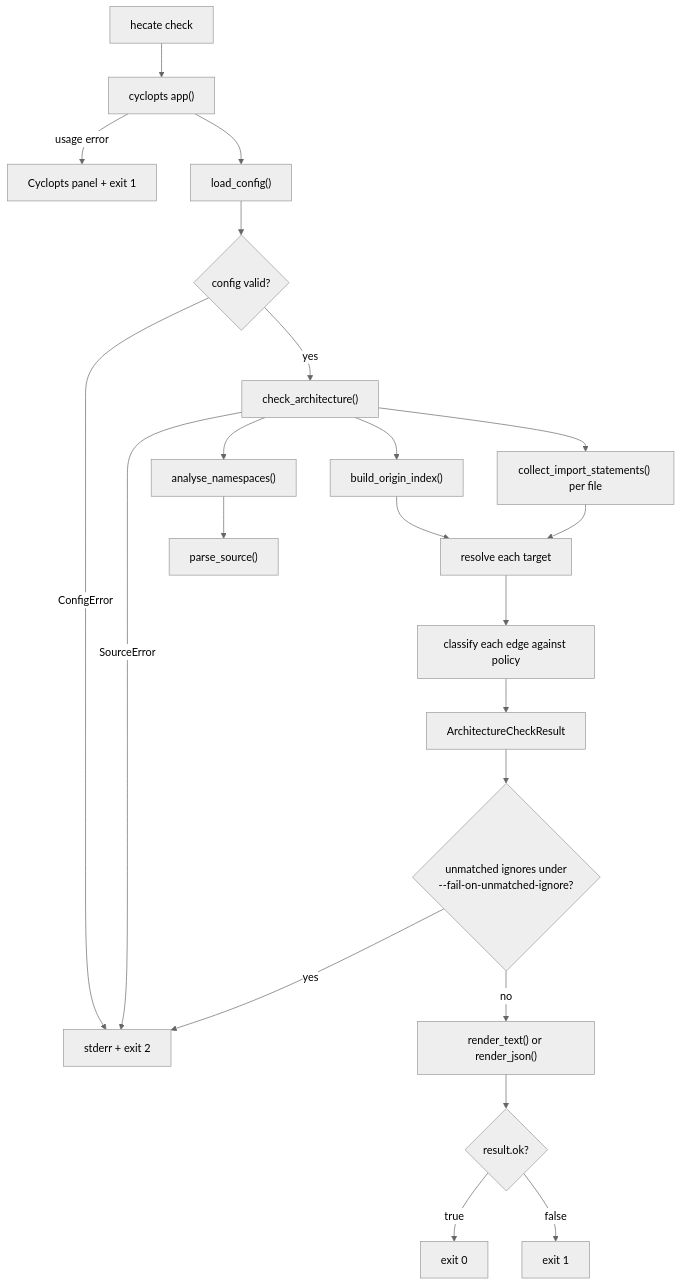
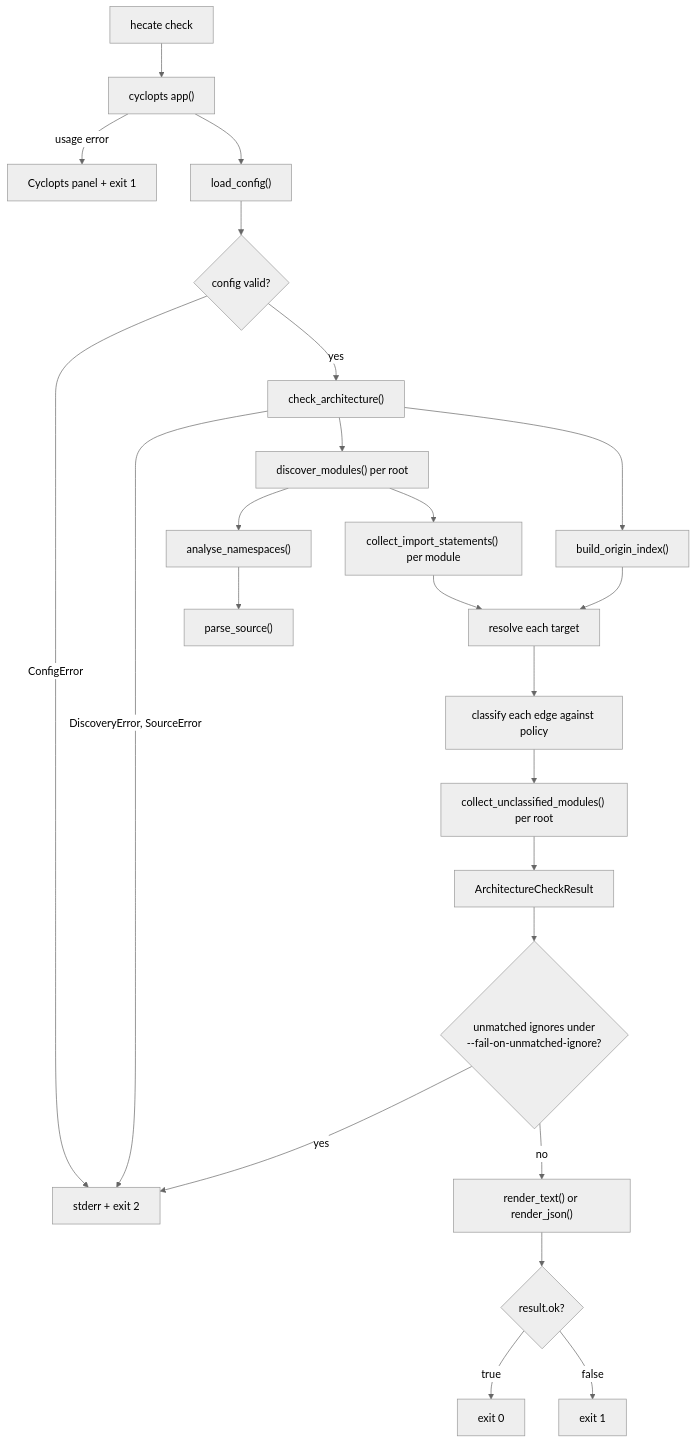
Before and after one commit to leynos/hecate: the first of 2 diagrams in docs/developers-guide.md, drawn with Mermaid (neutral theme). The commit also changed other lines of this file, not shown here.

First line of the commit message:
Absorb discovery and module coverage into guide

````diff
--- a/docs/developers-guide.md
+++ b/docs/developers-guide.md
@@ -71,24 +73,26 @@
 ```mermaid
 flowchart TD
     A["hecate check"] --> B["cyclopts app()"]
     B -->|"usage error"| ZU["Cyclopts panel + exit 1"]
     B --> C["load_config()"]
     C --> D{"config valid?"}
     D -->|"ConfigError"| Z2["stderr + exit 2"]
     D -->|"yes"| E["check_architecture()"]
-    E -->|"SourceError"| Z2
-    E --> F["analyse_namespaces()"]
+    E -->|"DiscoveryError, SourceError"| Z2
+    E --> W["discover_modules() per root"]
+    W --> F["analyse_namespaces()"]
     F --> G["parse_source()"]
     E --> H["build_origin_index()"]
-    E --> I["collect_import_statements() per file"]
+    W --> I["collect_import_statements() per module"]
     I --> J["resolve each target"]
     H --> J
     J --> K["classify each edge against policy"]
-    K --> L["ArchitectureCheckResult"]
+    K --> U["collect_unclassified_modules() per root"]
+    U --> L["ArchitectureCheckResult"]
     L --> P{"unmatched ignores under\n--fail-on-unmatched-ignore?"}
     P -->|"yes"| Z2
     P -->|"no"| M["render_text() or render_json()"]
     M --> N{"result.ok?"}
     N -->|"true"| Z0["exit 0"]
     N -->|"false"| Z1["exit 1"]
 ```
````
